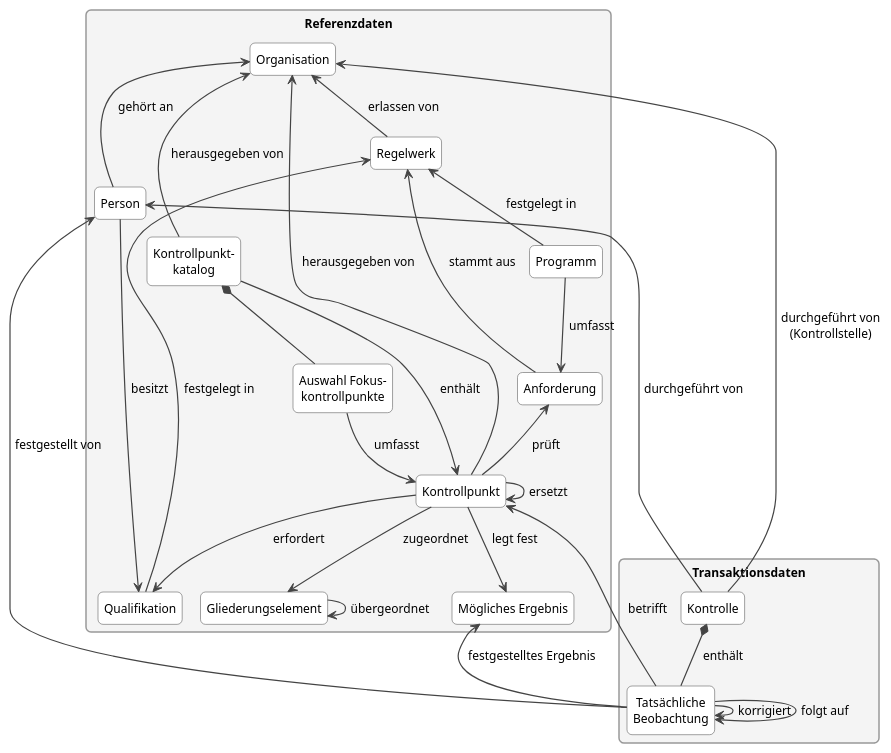
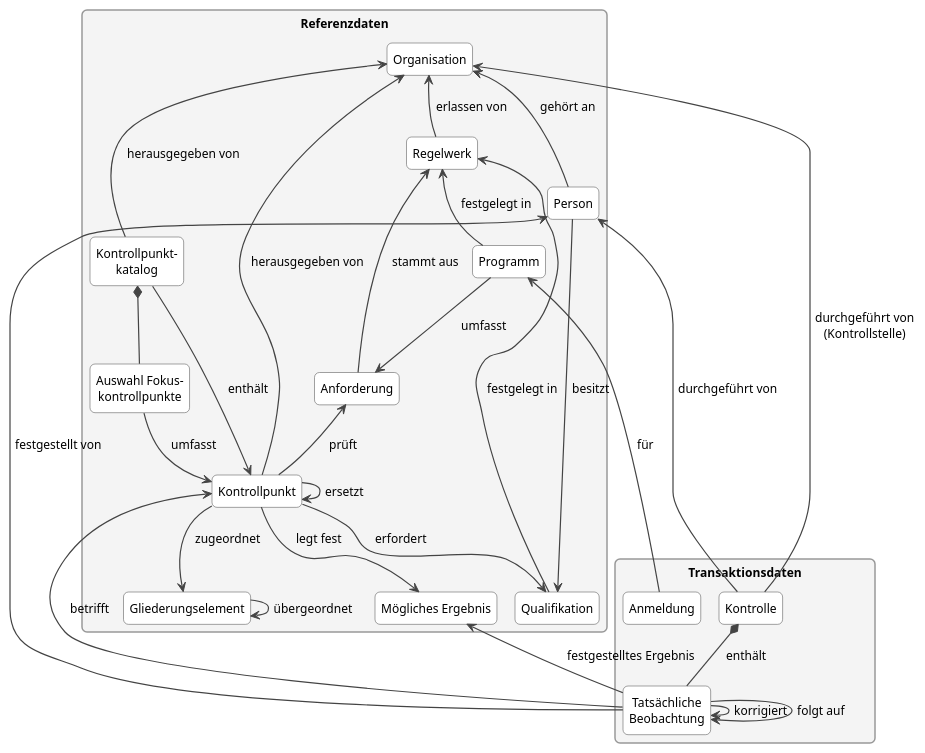
Before and after one commit to Persilian/eCH-0264: the diagram in docs/de/assets/puml/conceptual_model.puml, drawn with PlantUML. The commit also changed 2 other files, not shown here.

Commit message:
Model Anmeldung as transaction data
A Betrieb registers for a Programm for a contribution year. The
registration is a dated transaction, not master data; it determines
which control points apply and makes delayed registration data visible.
Document the decision.

```diff
--- a/docs/de/assets/puml/conceptual_model.puml
+++ b/docs/de/assets/puml/conceptual_model.puml
@@ -5,64 +5,66 @@
 @startuml
 !pragma layout smetana
 skinparam shadowing false
 skinparam roundCorner 10
 skinparam packageStyle rectangle
 skinparam defaultFontSize 12
 skinparam Padding 3
 skinparam ArrowColor #444444
 skinparam ArrowThickness 1.2
 skinparam classBorderColor #444444
 skinparam classBackgroundColor #FFFFFF
 skinparam packageBorderColor #999999
 skinparam packageBackgroundColor #F4F4F4
 hide circle
 hide empty members
 
 package "Referenzdaten" as REF {
   class "Organisation" as ORG
   class "Person" as PER
   class "Qualifikation" as QUA
   class "Regelwerk" as RW
   class "Anforderung" as ANF
   class "Programm" as PRG
   class "Kontrollpunkt" as KP
   class "Mögliches Ergebnis" as ERG
   class "Gliederungselement" as GE
   class "Kontrollpunkt-\nkatalog" as KAT
   class "Auswahl Fokus-\nkontrollpunkte" as FKP
 
   RW -up-> ORG : erlassen von
   ANF -up-> RW : stammt aus
   PRG -up-> RW : festgelegt in
   PRG --> ANF : umfasst
   KP -up-> ANF : prüft
   KP -up-> ORG : herausgegeben von
   KP -down-> ERG : legt fest
   KP --> GE : zugeordnet
   GE --> GE : übergeordnet
   KP --> KP : ersetzt
   KAT --> KP : enthält
   KAT -up-> ORG : herausgegeben von
   KAT *-- FKP
   FKP --> KP : umfasst
   KP --> QUA : erfordert
   QUA -up-> RW : festgelegt in
   PER -up-> ORG : gehört an
   PER --> QUA : besitzt
 }
 
 package "Transaktionsdaten" as TRX {
   class "Kontrolle" as KON
+  class "Anmeldung" as ANM
   class "Tatsächliche\nBeobachtung" as BEO
   KON *-down- BEO : enthält
+  ANM -up-> PRG : für
   BEO --> BEO : korrigiert
   BEO --> BEO : folgt auf
 }
 
 BEO -up-> KP : betrifft
 BEO -up-> ERG : festgestelltes Ergebnis
 KON -up-> ORG : durchgeführt von\n(Kontrollstelle)
 KON -up-> PER : durchgeführt von
 BEO -up-> PER : festgestellt von
 REF -[hidden]down- TRX
 @enduml
```
